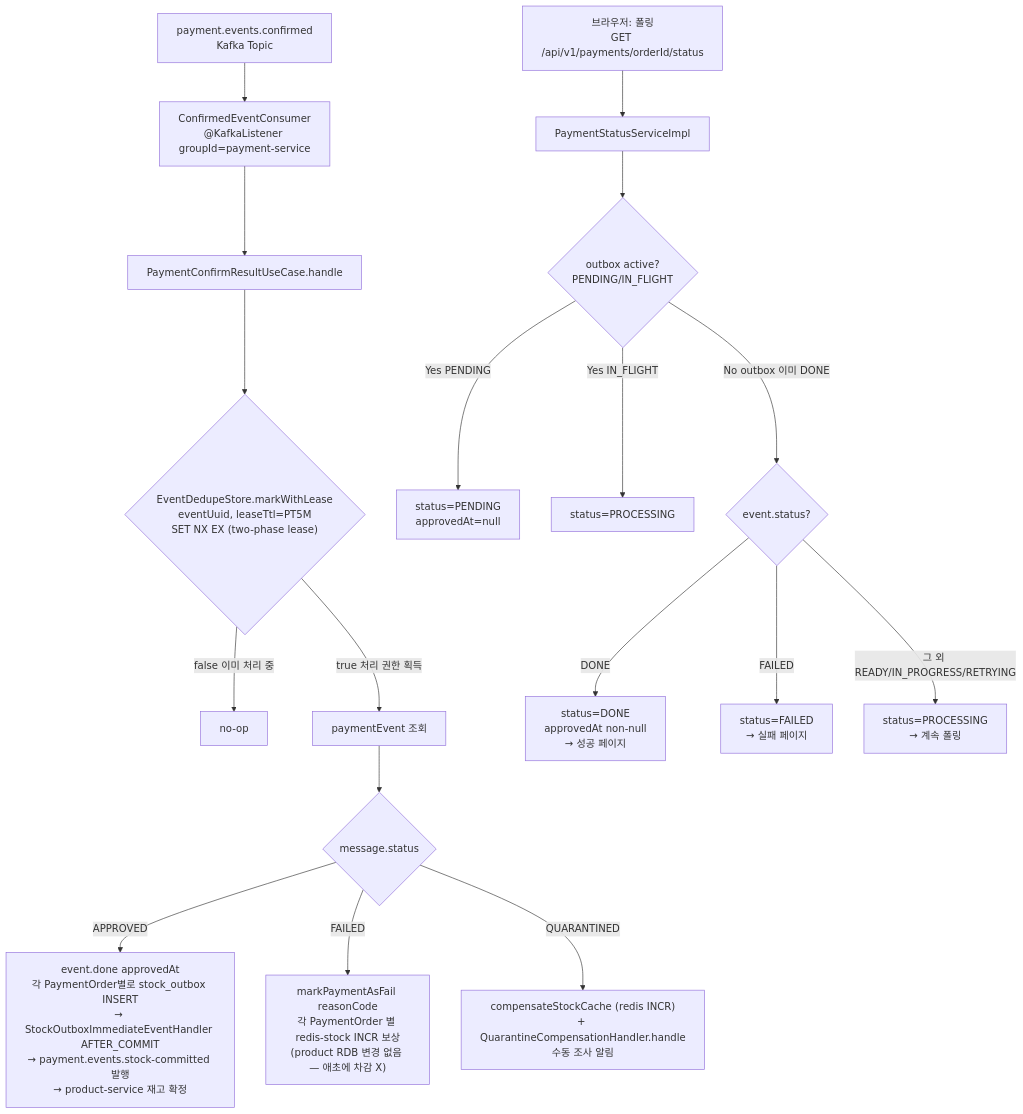
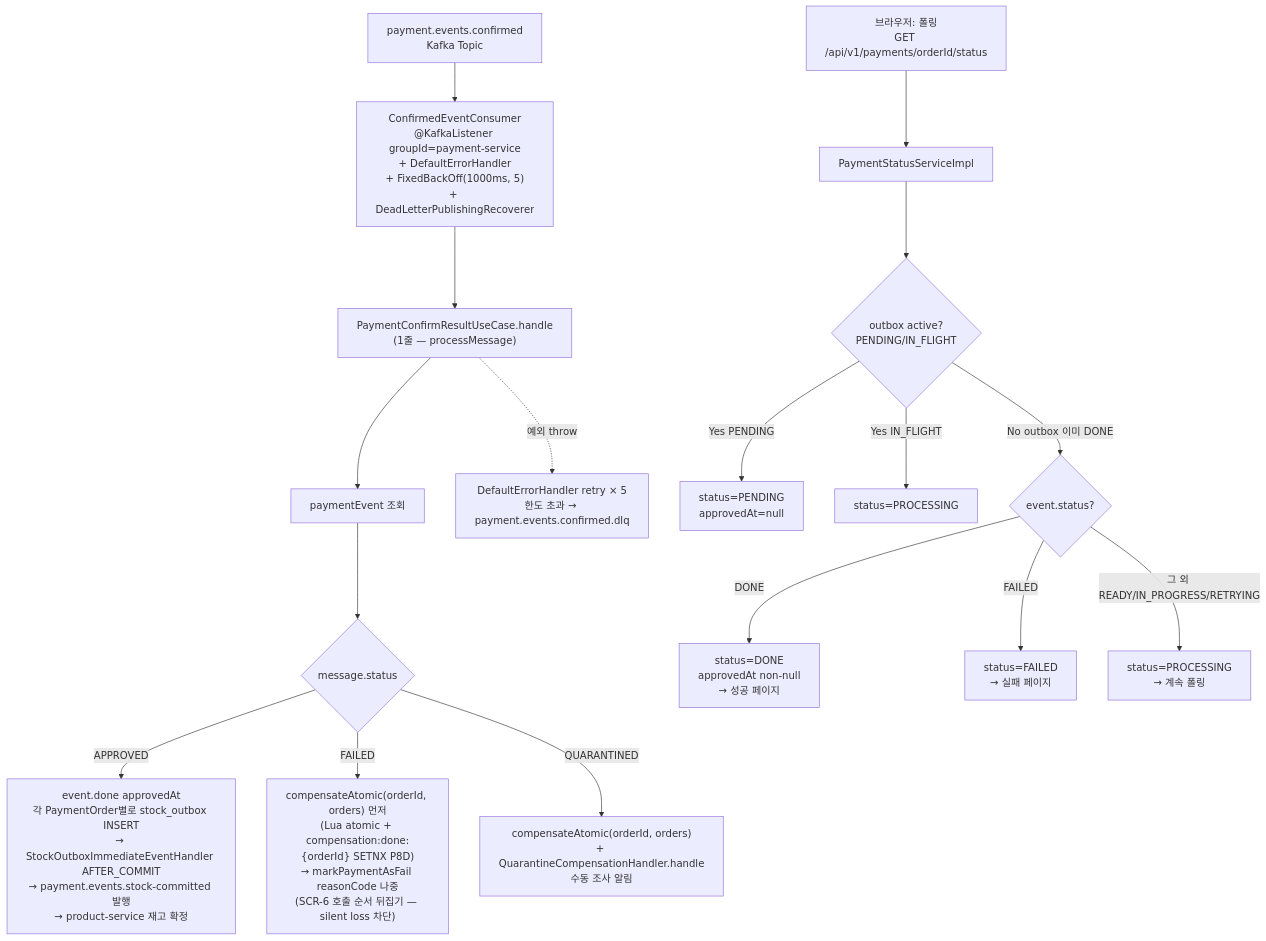
The fifth of 10 diagrams in docs/context/PAYMENT-FLOW.md (hyoguoo/payment-platform), drawn with Mermaid before and after one commit. The commit also changed other lines of this file and 18 other files, not shown here.

First line of the commit message:
docs: STOCK-COMPENSATION-RECOVERY 작업 완료 및 문서 아카이브

````diff
--- a/docs/context/PAYMENT-FLOW.md
+++ b/docs/context/PAYMENT-FLOW.md
@@ -134,21 +134,20 @@
 ```mermaid
 flowchart TD
-    AA["payment.events.confirmed<br/>Kafka Topic"] --> AB["ConfirmedEventConsumer<br/>@KafkaListener groupId=payment-service"]
-    AB --> AC["PaymentConfirmResultUseCase.handle"]
-    AC --> AC1{"EventDedupeStore.markWithLease<br/>eventUuid, leaseTtl=PT5M<br/>SET NX EX (two-phase lease)"}
-    AC1 -->|false 이미 처리 중| AC1a["no-op"]
-    AC1 -->|true 처리 권한 획득| AC2["paymentEvent 조회"]
+    AA["payment.events.confirmed<br/>Kafka Topic"] --> AB["ConfirmedEventConsumer<br/>@KafkaListener groupId=payment-service<br/>+ DefaultErrorHandler<br/>+ FixedBackOff(1000ms, 5)<br/>+ DeadLetterPublishingRecoverer"]
+    AB --> AC["PaymentConfirmResultUseCase.handle<br/>(1줄 — processMessage)"]
+    AC --> AC2["paymentEvent 조회"]
     AC2 --> AD{"message.status"}
     AD -->|APPROVED| AE1["event.done approvedAt<br/>각 PaymentOrder별로 stock_outbox INSERT<br/>→ StockOutboxImmediateEventHandler AFTER_COMMIT<br/>→ payment.events.stock-committed 발행<br/>→ product-service 재고 확정"]
-    AD -->|FAILED| AE2["markPaymentAsFail reasonCode<br/>각 PaymentOrder 별 redis-stock INCR 보상<br/>(product RDB 변경 없음 — 애초에 차감 X)"]
-    AD -->|QUARANTINED| AE3["compensateStockCache (redis INCR)<br/>+ QuarantineCompensationHandler.handle<br/>수동 조사 알림"]
+    AD -->|FAILED| AE2["compensateAtomic(orderId, orders) 먼저<br/>(Lua atomic + compensation:done:{orderId} SETNX P8D)<br/>→ markPaymentAsFail reasonCode 나중<br/>(SCR-6 호출 순서 뒤집기 — silent loss 차단)"]
+    AD -->|QUARANTINED| AE3["compensateAtomic(orderId, orders)<br/>+ QuarantineCompensationHandler.handle<br/>수동 조사 알림"]
+    AC -.예외 throw.-> AERR["DefaultErrorHandler retry × 5<br/>한도 초과 → payment.events.confirmed.dlq"]
 
     AF["브라우저: 폴링<br/>GET /api/v1/payments/orderId/status"] --> AG["PaymentStatusServiceImpl"]
     AG --> AG1{"outbox active?<br/>PENDING/IN_FLIGHT"}
     AG1 -->|Yes PENDING| AG1a["status=PENDING<br/>approvedAt=null"]
     AG1 -->|Yes IN_FLIGHT| AG1b["status=PROCESSING"]
     AG1 -->|No outbox 이미 DONE| AG2{"event.status?"}
     AG2 -->|DONE| AH1["status=DONE<br/>approvedAt non-null<br/>→ 성공 페이지"]
     AG2 -->|FAILED| AH2["status=FAILED<br/>→ 실패 페이지"]
     AG2 -->|"그 외 READY/IN_PROGRESS/RETRYING"| AH3["status=PROCESSING<br/>→ 계속 폴링"]
 ```
````
